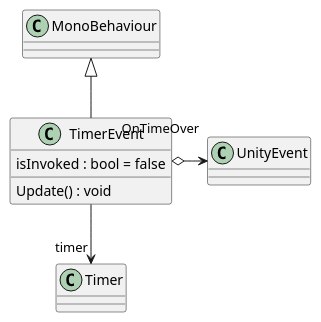
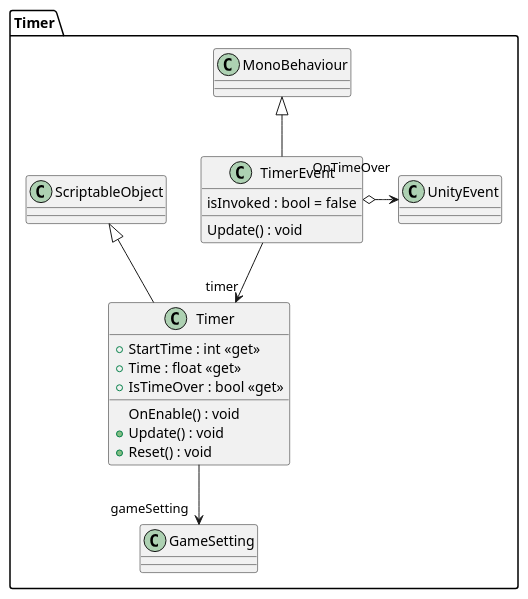
Before and after one commit to MainCastle1212/EverythingEater: the diagram in plantuml/TimerEvent.puml, drawn with PlantUML. The commit also changed 18 other files, not shown here.

```diff
--- a/plantuml/TimerEvent.puml
+++ b/plantuml/TimerEvent.puml
@@ -1,9 +1,21 @@
 @startuml
+namespace Timer{
 class TimerEvent {
     isInvoked : bool = false
     Update() : void
 }
 MonoBehaviour <|-- TimerEvent
 TimerEvent o-> "OnTimeOver" UnityEvent
 TimerEvent --> "timer" Timer
+class Timer {
+    + StartTime : int <<get>>
+    + Time : float <<get>>
+    + IsTimeOver : bool <<get>>
+    OnEnable() : void
+    + Update() : void
+    + Reset() : void
+}
+ScriptableObject <|-- Timer
+Timer --> "gameSetting" GameSetting
+}
 @enduml
```
